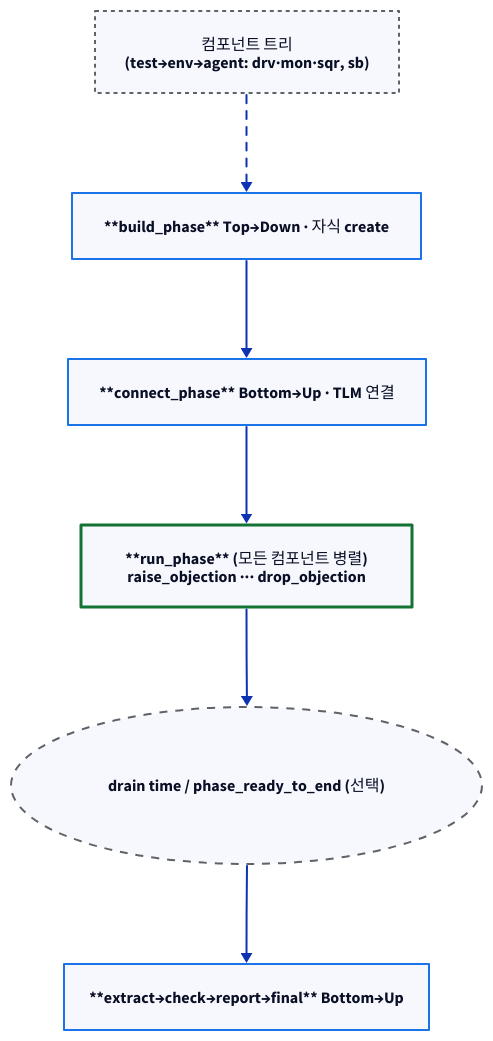
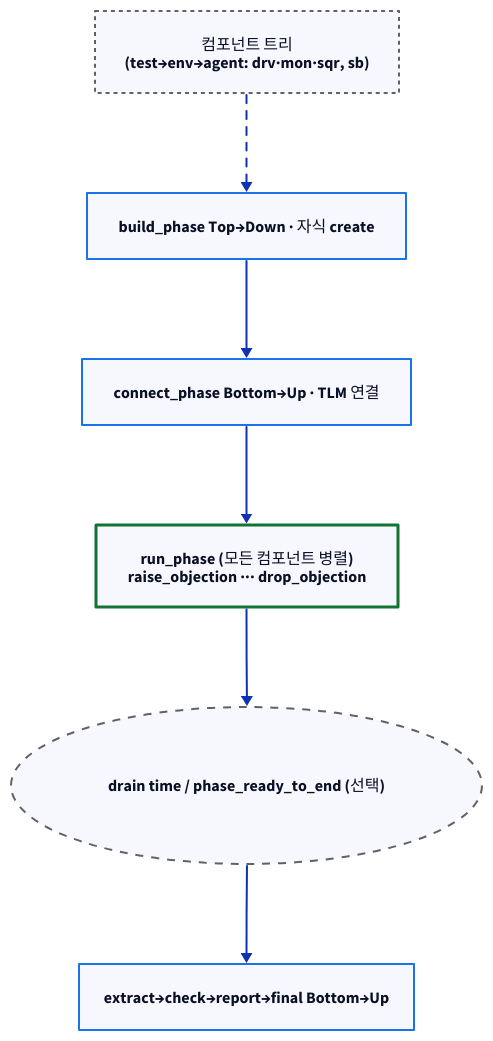
One commit to humbleowl39/DV_SKOOL changed the first of 3 diagrams in starlight_site/src/content/docs/uvm/01_architecture_and_phase.md. Above: the diagram before and after it, drawn with D2. The commit also changed other lines of this file and 714 other files, not shown here.

First line of the commit message:
fix(site): d2 다이어그램 가독성 결함 6종 일괄 수정

````diff
--- a/starlight_site/src/content/docs/uvm/01_architecture_and_phase.md
+++ b/starlight_site/src/content/docs/uvm/01_architecture_and_phase.md
@@ -53,16 +53,16 @@
 ```d2
 direction: down
 
 TREE: "컴포넌트 트리\n(test→env→agent: drv·mon·sqr, sb)" { style.stroke: "#5f6368"; style.stroke-dash: 2 }
-BUILD: "**build_phase** Top→Down · 자식 create" { style.stroke: "#1a73e8"; style.stroke-width: 2 }
-CONNECT: "**connect_phase** Bottom→Up · TLM 연결" { style.stroke: "#1a73e8"; style.stroke-width: 2 }
-RUN: "**run_phase** (모든 컴포넌트 병렬)\nraise_objection ··· drop_objection" { style.stroke: "#137333"; style.stroke-width: 3 }
+BUILD: "build_phase Top→Down · 자식 create" { style.stroke: "#1a73e8"; style.stroke-width: 2 }
+CONNECT: "connect_phase Bottom→Up · TLM 연결" { style.stroke: "#1a73e8"; style.stroke-width: 2 }
+RUN: "run_phase (모든 컴포넌트 병렬)\nraise_objection ··· drop_objection" { style.stroke: "#137333"; style.stroke-width: 3 }
 DRAIN: "drain time / phase_ready_to_end (선택)" { shape: oval; style.stroke: "#5f6368"; style.stroke-dash: 4 }
-CLEAN: "**extract→check→report→final** Bottom→Up" { style.stroke: "#1a73e8"; style.stroke-width: 2 }
+CLEAN: "extract→check→report→final Bottom→Up" { style.stroke: "#1a73e8"; style.stroke-width: 2 }
 
 TREE -> BUILD: { style.stroke-dash: 4 }
 BUILD -> CONNECT
 CONNECT -> RUN
 RUN -> DRAIN
 DRAIN -> CLEAN
 ```
````
